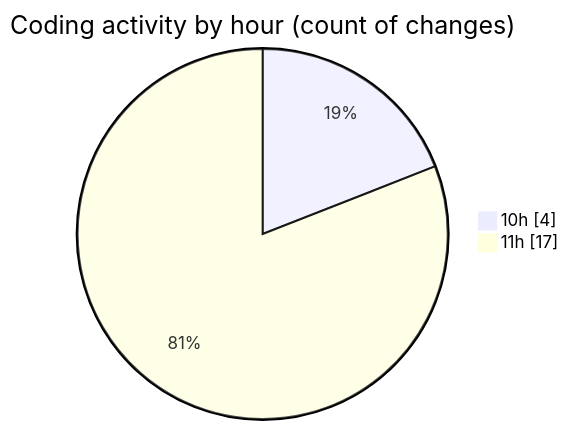
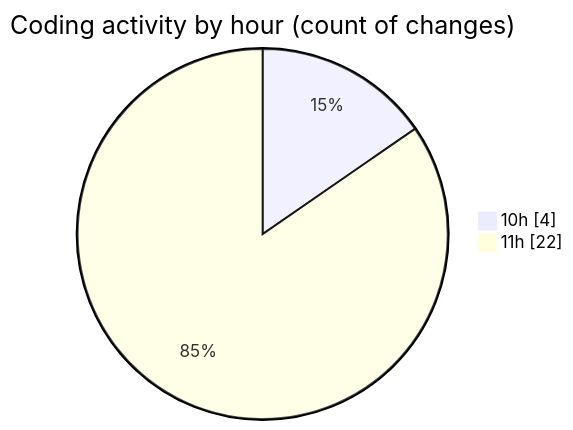
The second of 2 diagrams in 2025-09-15/nxtqube_webapp/README.md (nxtqubesakshisongat/code-tracking), drawn with Mermaid before and after one commit. The commit also changed other lines of this file and 1 other file, not shown here.

````diff
--- a/2025-09-15/nxtqube_webapp/README.md
+++ b/2025-09-15/nxtqube_webapp/README.md
@@ -31,6 +31,6 @@
 ```mermaid
 pie showData
 title Coding activity by hour (count of changes)
 "10h" : 4
-"11h" : 17
+"11h" : 22
 ```
````
